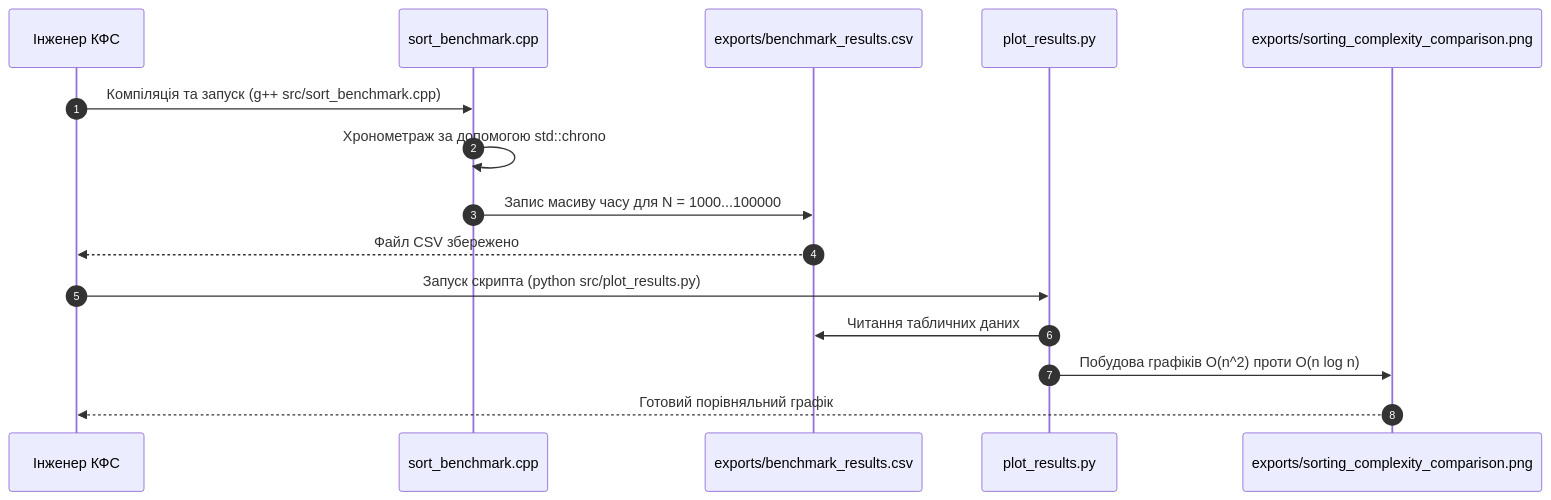
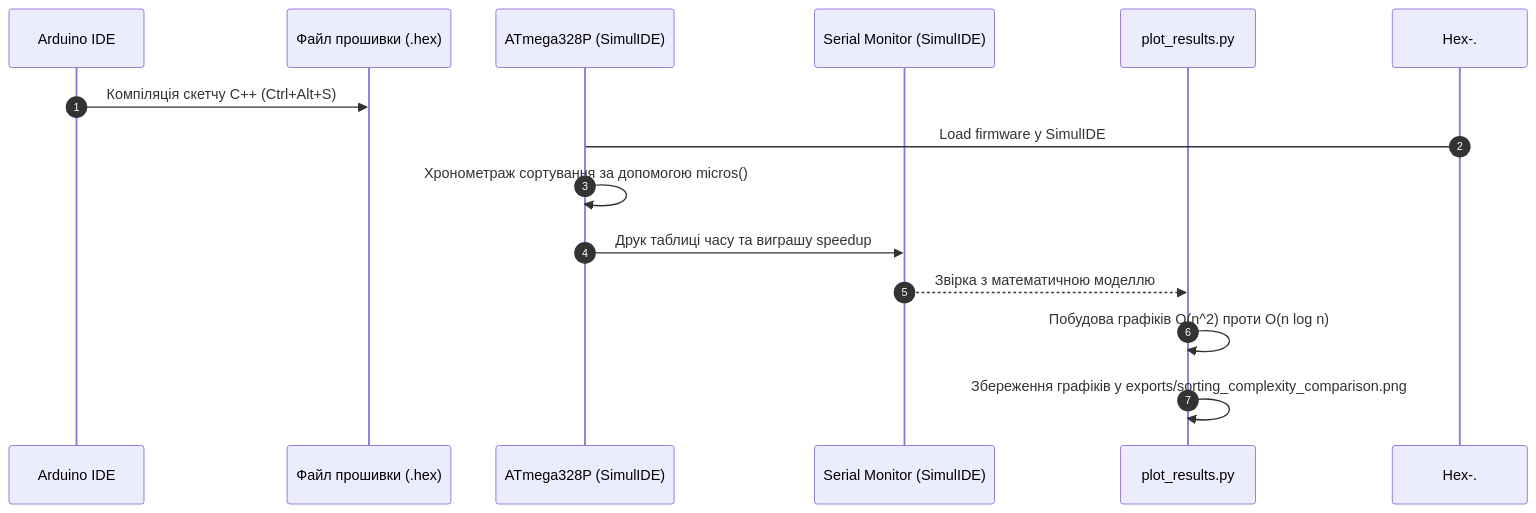
One commit to KyryloVadurin/cps-algorithms changed the second of 2 diagrams in docs/practicals/pz-6.md. Above: the diagram before and after it, drawn with Mermaid. The commit also changed other lines of this file, not shown here.

````diff
--- a/docs/practicals/pz-6.md
+++ b/docs/practicals/pz-6.md
@@ -350,19 +373,17 @@
 ```mermaid
 sequenceDiagram
     autonumber
-    participant Student as Інженер КФС
-    participant CPP as sort_benchmark.cpp
-    participant CSV as exports/benchmark_results.csv
+    participant IDE as Arduino IDE
+    participant Hex as Файл прошивки (.hex)
+    participant MCU as ATmega328P (SimulIDE)
+    participant UART as Serial Monitor (SimulIDE)
     participant Py as plot_results.py
-    participant PNG as exports/sorting_complexity_comparison.png
 
-    Student->>CPP: Компіляція та запуск (g++ src/sort_benchmark.cpp)
-    CPP->>CPP: Хронометраж за допомогою std::chrono
-    CPP->>CSV: Запис масиву часу для N = 1000...100000
-    CSV-->>Student: Файл CSV збережено
-
-    Student->>Py: Запуск скрипта (python src/plot_results.py)
-    Py->>CSV: Читання табличних даних
-    Py->>PNG: Побудова графіків O(n^2) проти O(n log n)
-    PNG-->>Student: Готовий порівняльний графік
+    IDE->>Hex: Компіляція скетчу C++ (Ctrl+Alt+S)
+    Hex-.->MCU: Load firmware у SimulIDE
+    MCU->>MCU: Хронометраж сортування за допомогою micros()
+    MCU->>UART: Друк таблиці часу та виграшу speedup
+    UART-->>Py: Звірка з математичною моделлю
+    Py->>Py: Побудова графіків O(n^2) проти O(n log n)
+    Py->>Py: Збереження графіків у exports/sorting_complexity_comparison.png
 ```
````
